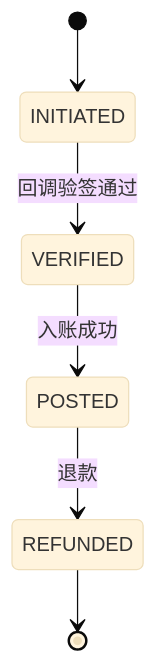
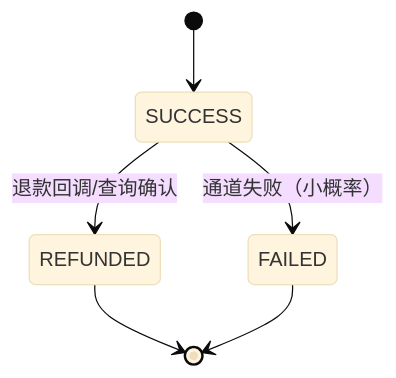
One commit to rosestack/rose-playground changed the fifth of 12 diagrams in rose-backend/rose-service/rose-billing-service/docs/billing-domain-model.md. Above: the diagram before and after it, drawn with Mermaid (base theme). The commit also changed other lines of this file and 37 other files, not shown here.

````diff
--- a/rose-backend/rose-service/rose-billing-service/docs/billing-domain-model.md
+++ b/rose-backend/rose-service/rose-billing-service/docs/billing-domain-model.md
@@ -126,8 +183,8 @@
 ```mermaid
 stateDiagram-v2
-  [*] --> INITIATED
-  INITIATED --> VERIFIED: 回调验签通过
-  VERIFIED --> POSTED: 入账成功
-  POSTED --> REFUNDED: 退款
+  [*] --> SUCCESS
+  SUCCESS --> REFUNDED: 退款回调/查询确认
+  SUCCESS --> FAILED: 通道失败（小概率）
   REFUNDED --> [*]
+  FAILED --> [*]
 ```
````
